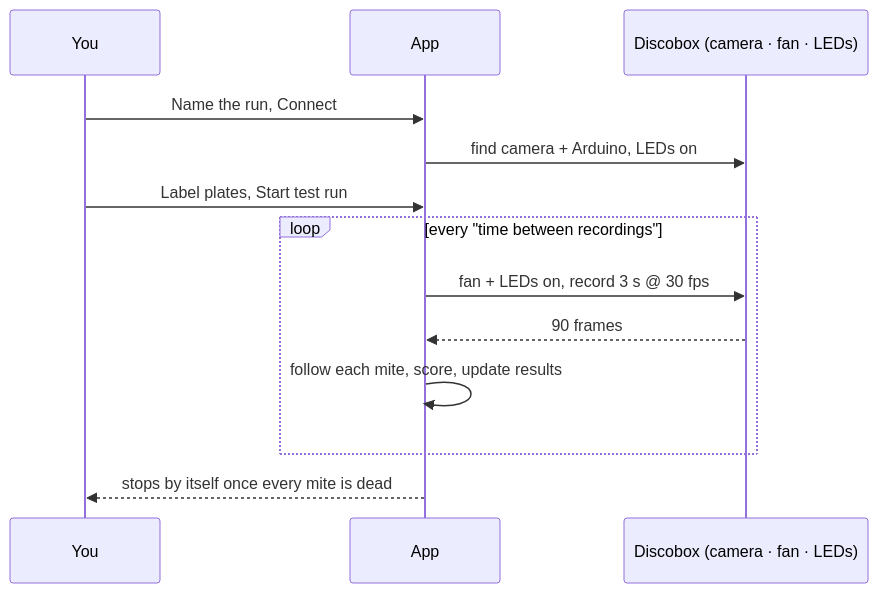
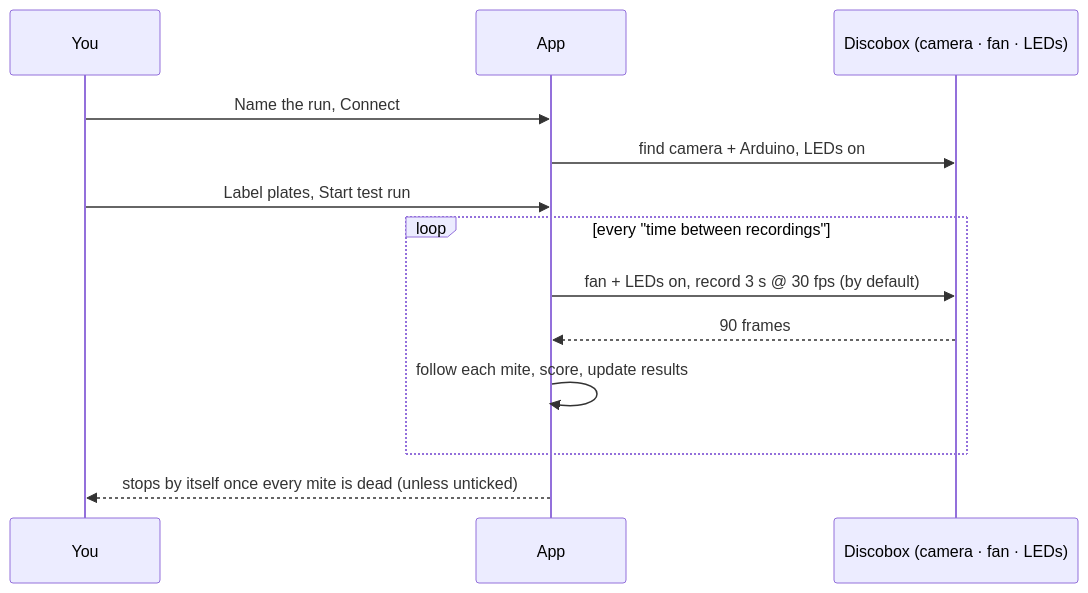
Before and after one commit to Mateo-Schaerer-Gonzalez/Varroa_detector_discobox: the second of 3 diagrams in README.md, drawn with Mermaid. The commit also changed other lines of this file and 66 other files, not shown here.

````diff
--- a/README.md
+++ b/README.md
@@ -291,15 +294,15 @@
 ```mermaid
 sequenceDiagram
     participant U as You
     participant A as App
     participant D as Discobox (camera · fan · LEDs)
     U->>A: Name the run, Connect
     A->>D: find camera + Arduino, LEDs on
     U->>A: Label plates, Start test run
     loop every "time between recordings"
-        A->>D: fan + LEDs on, record 3 s @ 30 fps
+        A->>D: fan + LEDs on, record 3 s @ 30 fps (by default)
         D-->>A: 90 frames
         A->>A: follow each mite, score, update results
     end
-    A-->>U: stops by itself once every mite is dead
+    A-->>U: stops by itself once every mite is dead (unless unticked)
 ```
````
